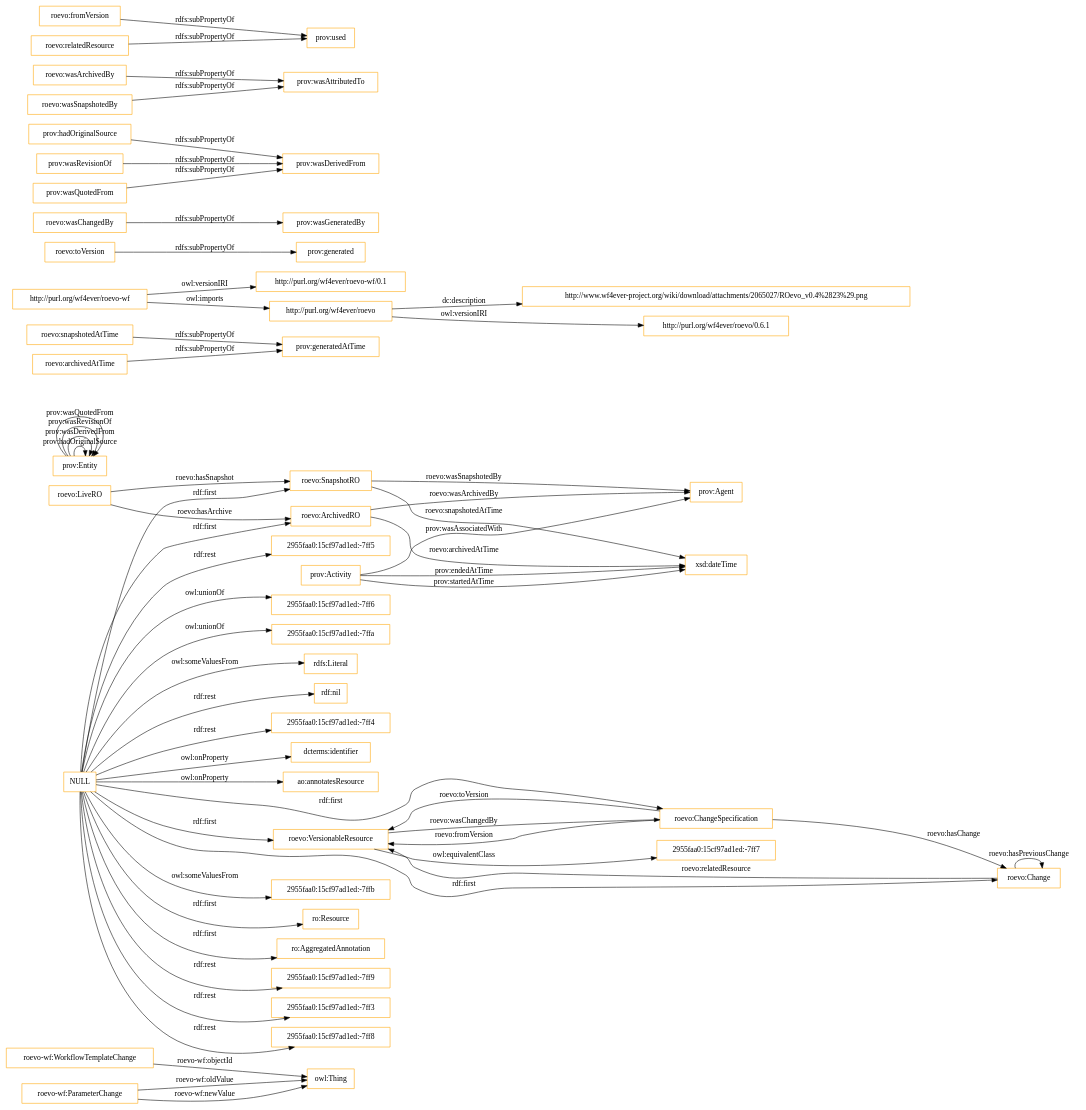
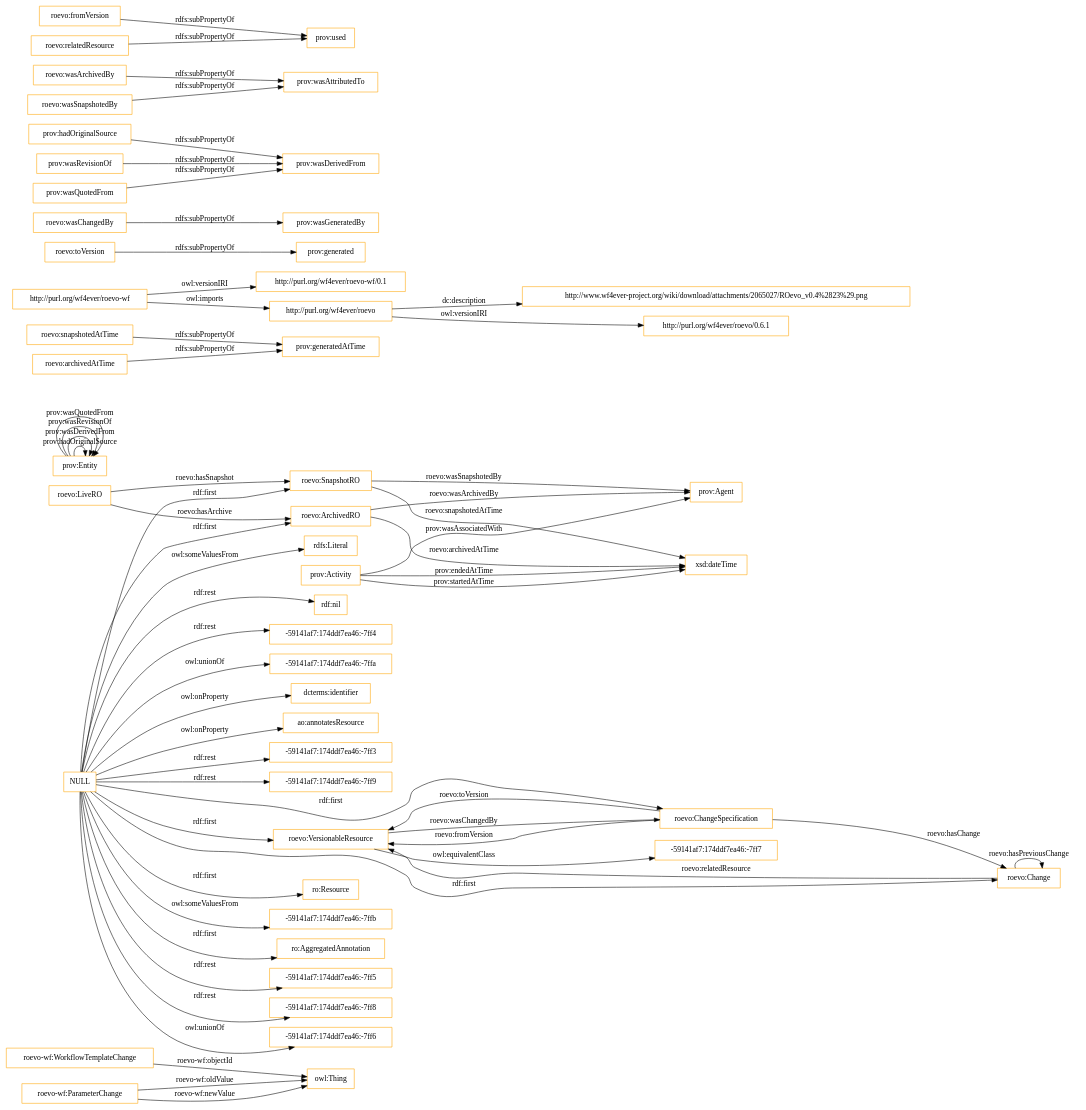
One commit to ahmad88me/ro changed the diagram in OnToology/evolutionExtensions/roevo-wf.owl/diagrams/ar2dtool-class/roevo-wf.owl.png.dot. Above: the diagram before and after it, drawn with Graphviz. The commit also changed 231 other files, not shown here.

```diff
--- a/OnToology/evolutionExtensions/roevo-wf.owl/diagrams/ar2dtool-class/roevo-wf.owl.png.dot
+++ b/OnToology/evolutionExtensions/roevo-wf.owl/diagrams/ar2dtool-class/roevo-wf.owl.png.dot
@@ -1,63 +1,63 @@
 digraph ar2dtool_diagram { 
 rankdir=LR;
 size="1501"
-node [shape = rectangle, color="orange"]; "roevo-wf:WorkflowTemplateChange" "roevo-wf:ParameterChange" "prov:Agent" "roevo:VersionableResource" "2955faa0:15cf97ad1ed:-7ffb" "ro:Resource" "roevo:LiveRO" "roevo:ChangeSpecification" "roevo:SnapshotRO" "roevo:Change" "roevo:ArchivedRO" "ro:AggregatedAnnotation" "prov:Entity" "2955faa0:15cf97ad1ed:-7ff7" "prov:Activity" ; /*classes style*/
-	"NULL" -> "2955faa0:15cf97ad1ed:-7ff9" [ label = "rdf:rest" ];
-	"NULL" -> "2955faa0:15cf97ad1ed:-7ff3" [ label = "rdf:rest" ];
+node [shape = rectangle, color="orange"]; "roevo-wf:WorkflowTemplateChange" "roevo-wf:ParameterChange" "prov:Agent" "roevo:VersionableResource" "ro:Resource" "roevo:LiveRO" "roevo:ChangeSpecification" "-59141af7:174ddf7ea46:-7ffb" "-59141af7:174ddf7ea46:-7ff7" "roevo:SnapshotRO" "roevo:Change" "roevo:ArchivedRO" "ro:AggregatedAnnotation" "prov:Entity" "prov:Activity" ; /*classes style*/
 	"NULL" -> "ro:Resource" [ label = "rdf:first" ];
 	"NULL" -> "ro:AggregatedAnnotation" [ label = "rdf:first" ];
 	"NULL" -> "roevo:ArchivedRO" [ label = "rdf:first" ];
-	"NULL" -> "2955faa0:15cf97ad1ed:-7ff8" [ label = "rdf:rest" ];
+	"NULL" -> "-59141af7:174ddf7ea46:-7ff5" [ label = "rdf:rest" ];
+	"NULL" -> "-59141af7:174ddf7ea46:-7ff8" [ label = "rdf:rest" ];
+	"NULL" -> "-59141af7:174ddf7ea46:-7ff6" [ label = "owl:unionOf" ];
 	"NULL" -> "roevo:SnapshotRO" [ label = "rdf:first" ];
 	"NULL" -> "roevo:Change" [ label = "rdf:first" ];
-	"NULL" -> "2955faa0:15cf97ad1ed:-7ff5" [ label = "rdf:rest" ];
-	"NULL" -> "2955faa0:15cf97ad1ed:-7ff6" [ label = "owl:unionOf" ];
-	"NULL" -> "2955faa0:15cf97ad1ed:-7ffa" [ label = "owl:unionOf" ];
+	"NULL" -> "-59141af7:174ddf7ea46:-7ffb" [ label = "owl:someValuesFrom" ];
 	"NULL" -> "roevo:ChangeSpecification" [ label = "rdf:first" ];
-	"NULL" -> "2955faa0:15cf97ad1ed:-7ffb" [ label = "owl:someValuesFrom" ];
 	"NULL" -> "rdfs:Literal" [ label = "owl:someValuesFrom" ];
 	"NULL" -> "rdf:nil" [ label = "rdf:rest" ];
 	"NULL" -> "roevo:VersionableResource" [ label = "rdf:first" ];
-	"NULL" -> "2955faa0:15cf97ad1ed:-7ff4" [ label = "rdf:rest" ];
+	"NULL" -> "-59141af7:174ddf7ea46:-7ff4" [ label = "rdf:rest" ];
+	"NULL" -> "-59141af7:174ddf7ea46:-7ffa" [ label = "owl:unionOf" ];
 	"NULL" -> "dcterms:identifier" [ label = "owl:onProperty" ];
 	"NULL" -> "ao:annotatesResource" [ label = "owl:onProperty" ];
+	"NULL" -> "-59141af7:174ddf7ea46:-7ff3" [ label = "rdf:rest" ];
+	"NULL" -> "-59141af7:174ddf7ea46:-7ff9" [ label = "rdf:rest" ];
 	"roevo:snapshotedAtTime" -> "prov:generatedAtTime" [ label = "rdfs:subPropertyOf" ];
-	"roevo:VersionableResource" -> "2955faa0:15cf97ad1ed:-7ff7" [ label = "owl:equivalentClass" ];
+	"roevo:VersionableResource" -> "-59141af7:174ddf7ea46:-7ff7" [ label = "owl:equivalentClass" ];
 	"http://purl.org/wf4ever/roevo-wf" -> "http://purl.org/wf4ever/roevo-wf/0.1" [ label = "owl:versionIRI" ];
 	"http://purl.org/wf4ever/roevo-wf" -> "http://purl.org/wf4ever/roevo" [ label = "owl:imports" ];
 	"roevo:toVersion" -> "prov:generated" [ label = "rdfs:subPropertyOf" ];
 	"http://purl.org/wf4ever/roevo" -> "http://www.wf4ever-project.org/wiki/download/attachments/2065027/ROevo_v0.4%2823%29.png" [ label = "dc:description" ];
 	"http://purl.org/wf4ever/roevo" -> "http://purl.org/wf4ever/roevo/0.6.1" [ label = "owl:versionIRI" ];
 	"roevo:wasChangedBy" -> "prov:wasGeneratedBy" [ label = "rdfs:subPropertyOf" ];
 	"prov:hadOriginalSource" -> "prov:wasDerivedFrom" [ label = "rdfs:subPropertyOf" ];
 	"roevo:wasArchivedBy" -> "prov:wasAttributedTo" [ label = "rdfs:subPropertyOf" ];
 	"prov:wasRevisionOf" -> "prov:wasDerivedFrom" [ label = "rdfs:subPropertyOf" ];
 	"roevo:archivedAtTime" -> "prov:generatedAtTime" [ label = "rdfs:subPropertyOf" ];
 	"roevo:fromVersion" -> "prov:used" [ label = "rdfs:subPropertyOf" ];
 	"prov:wasQuotedFrom" -> "prov:wasDerivedFrom" [ label = "rdfs:subPropertyOf" ];
 	"roevo:relatedResource" -> "prov:used" [ label = "rdfs:subPropertyOf" ];
 	"roevo:wasSnapshotedBy" -> "prov:wasAttributedTo" [ label = "rdfs:subPropertyOf" ];
 	"roevo-wf:WorkflowTemplateChange" -> "owl:Thing" [ label = "roevo-wf:objectId" ];
 	"roevo:ChangeSpecification" -> "roevo:VersionableResource" [ label = "roevo:fromVersion" ];
 	"roevo:ChangeSpecification" -> "roevo:Change" [ label = "roevo:hasChange" ];
 	"prov:Activity" -> "prov:Agent" [ label = "prov:wasAssociatedWith" ];
 	"roevo:Change" -> "roevo:VersionableResource" [ label = "roevo:relatedResource" ];
 	"prov:Activity" -> "xsd:dateTime" [ label = "prov:endedAtTime" ];
 	"roevo-wf:ParameterChange" -> "owl:Thing" [ label = "roevo-wf:oldValue" ];
 	"roevo:ChangeSpecification" -> "roevo:VersionableResource" [ label = "roevo:toVersion" ];
 	"roevo:ArchivedRO" -> "xsd:dateTime" [ label = "roevo:archivedAtTime" ];
 	"roevo:SnapshotRO" -> "prov:Agent" [ label = "roevo:wasSnapshotedBy" ];
 	"prov:Entity" -> "prov:Entity" [ label = "prov:hadOriginalSource" ];
 	"prov:Entity" -> "prov:Entity" [ label = "prov:wasDerivedFrom" ];
 	"roevo:SnapshotRO" -> "xsd:dateTime" [ label = "roevo:snapshotedAtTime" ];
 	"prov:Activity" -> "xsd:dateTime" [ label = "prov:startedAtTime" ];
 	"roevo:ArchivedRO" -> "prov:Agent" [ label = "roevo:wasArchivedBy" ];
 	"prov:Entity" -> "prov:Entity" [ label = "prov:wasRevisionOf" ];
 	"roevo:LiveRO" -> "roevo:SnapshotRO" [ label = "roevo:hasSnapshot" ];
 	"roevo:LiveRO" -> "roevo:ArchivedRO" [ label = "roevo:hasArchive" ];
 	"prov:Entity" -> "prov:Entity" [ label = "prov:wasQuotedFrom" ];
 	"roevo:VersionableResource" -> "roevo:ChangeSpecification" [ label = "roevo:wasChangedBy" ];
 	"roevo:Change" -> "roevo:Change" [ label = "roevo:hasPreviousChange" ];
 	"roevo-wf:ParameterChange" -> "owl:Thing" [ label = "roevo-wf:newValue" ];
 
 }
```
